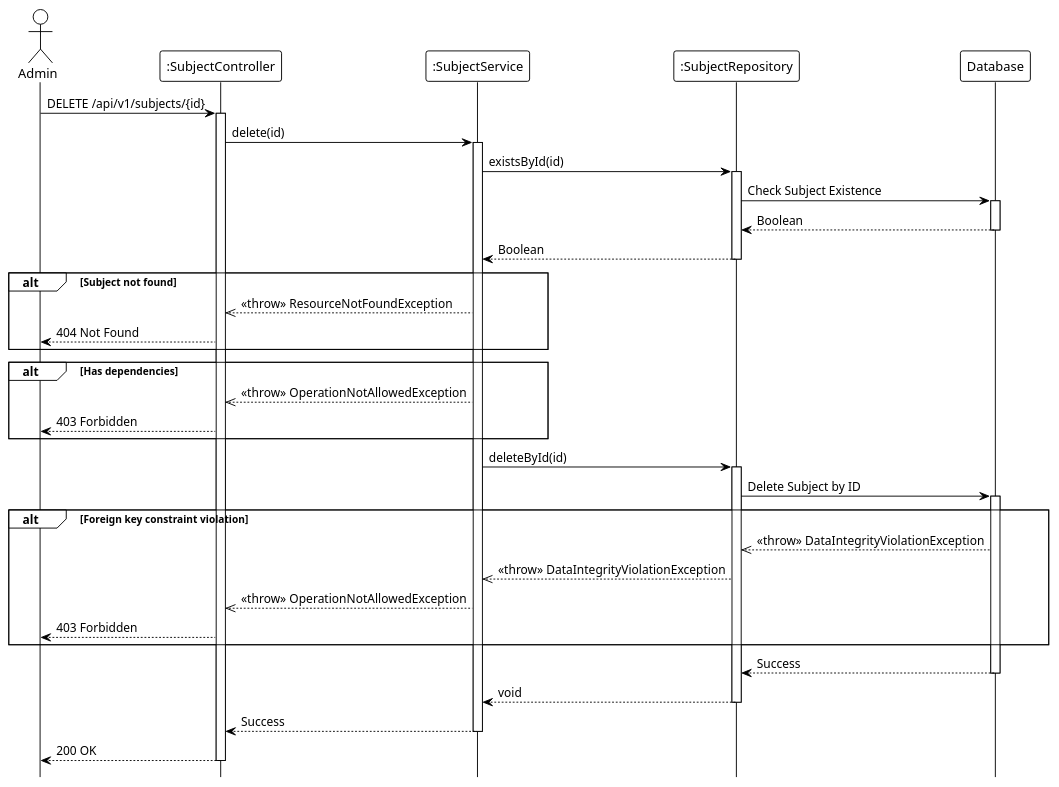
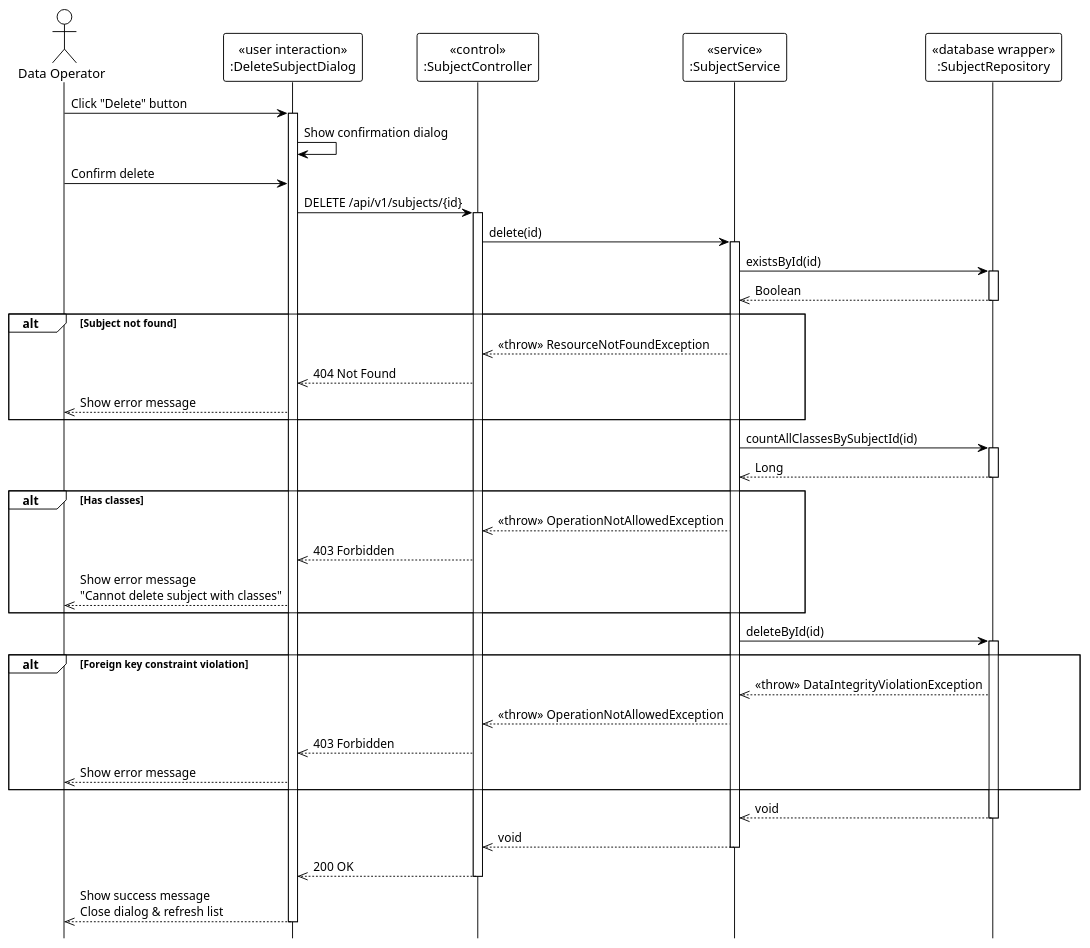
One commit to Ndh474/context changed the diagram in system_detailed_design/21_delete_subject/sequence_diagram_delete_subject.puml. Above: the diagram before and after it, drawn with PlantUML. The commit also changed 5 other files, not shown here.

Commit message:
docs(system_detailed_design): add UML stereotypes to subject sequence diagrams

```diff
--- a/system_detailed_design/21_delete_subject/sequence_diagram_delete_subject.puml
+++ b/system_detailed_design/21_delete_subject/sequence_diagram_delete_subject.puml
@@ -1,67 +1,72 @@
 @startuml delete_subject
 !theme plain
 hide footbox
 
-actor Admin
-participant ":SubjectController" as Controller
-participant ":SubjectService" as Service
-participant ":SubjectRepository" as Repository
-participant "Database" as DB
+actor "Data Operator" as DataOperator
 
-' --- MAIN FLOW ---
-Admin -> Controller: DELETE /api/v1/subjects/{id}
+participant "«user interaction»\n:DeleteSubjectDialog" as UI
+participant "«control»\n:SubjectController" as Controller
+participant "«service»\n:SubjectService" as Service
+participant "«database wrapper»\n:SubjectRepository" as Repository
+
+' === MAIN FLOW ===
+DataOperator -> UI: Click "Delete" button
+activate UI
+
+UI -> UI: Show confirmation dialog
+
+DataOperator -> UI: Confirm delete
+UI -> Controller: DELETE /api/v1/subjects/{id}
 activate Controller
 
 Controller -> Service: delete(id)
 activate Service
 
-' --- CHECK EXISTENCE ---
+' === CHECK EXISTENCE ===
 Service -> Repository: existsById(id)
 activate Repository
-
-Repository -> DB: Check Subject Existence
-activate DB
-DB --> Repository: Boolean
-deactivate DB
-
-Repository --> Service: Boolean
+Repository -->> Service: Boolean
 deactivate Repository
 
 alt Subject not found
     Service -->> Controller: <<throw>> ResourceNotFoundException
-    Controller --> Admin: 404 Not Found
+    Controller -->> UI: 404 Not Found
+    UI -->> DataOperator: Show error message
 end
 
-' Validation logic (internal: check classes count)
+' === CHECK CLASSES ===
+Service -> Repository: countAllClassesBySubjectId(id)
+activate Repository
+Repository -->> Service: Long
+deactivate Repository
 
-alt Has dependencies
+alt Has classes
     Service -->> Controller: <<throw>> OperationNotAllowedException
-    Controller --> Admin: 403 Forbidden
+    Controller -->> UI: 403 Forbidden
+    UI -->> DataOperator: Show error message\n"Cannot delete subject with classes"
 end
 
+' === DELETE OPERATION ===
 Service -> Repository: deleteById(id)
 activate Repository
 
-Repository -> DB: Delete Subject by ID
-activate DB
-
 alt Foreign key constraint violation
-    DB -->> Repository: <<throw>> DataIntegrityViolationException
     Repository -->> Service: <<throw>> DataIntegrityViolationException
     Service -->> Controller: <<throw>> OperationNotAllowedException
-    Controller --> Admin: 403 Forbidden
+    Controller -->> UI: 403 Forbidden
+    UI -->> DataOperator: Show error message
 end
 
-DB --> Repository: Success
-deactivate DB
-
-Repository --> Service: void
+Repository -->> Service: void
 deactivate Repository
 
-Service --> Controller: Success
+Service -->> Controller: void
 deactivate Service
 
-Controller --> Admin: 200 OK
+Controller -->> UI: 200 OK
 deactivate Controller
 
+UI -->> DataOperator: Show success message\nClose dialog & refresh list
+deactivate UI
+
 @enduml
```
